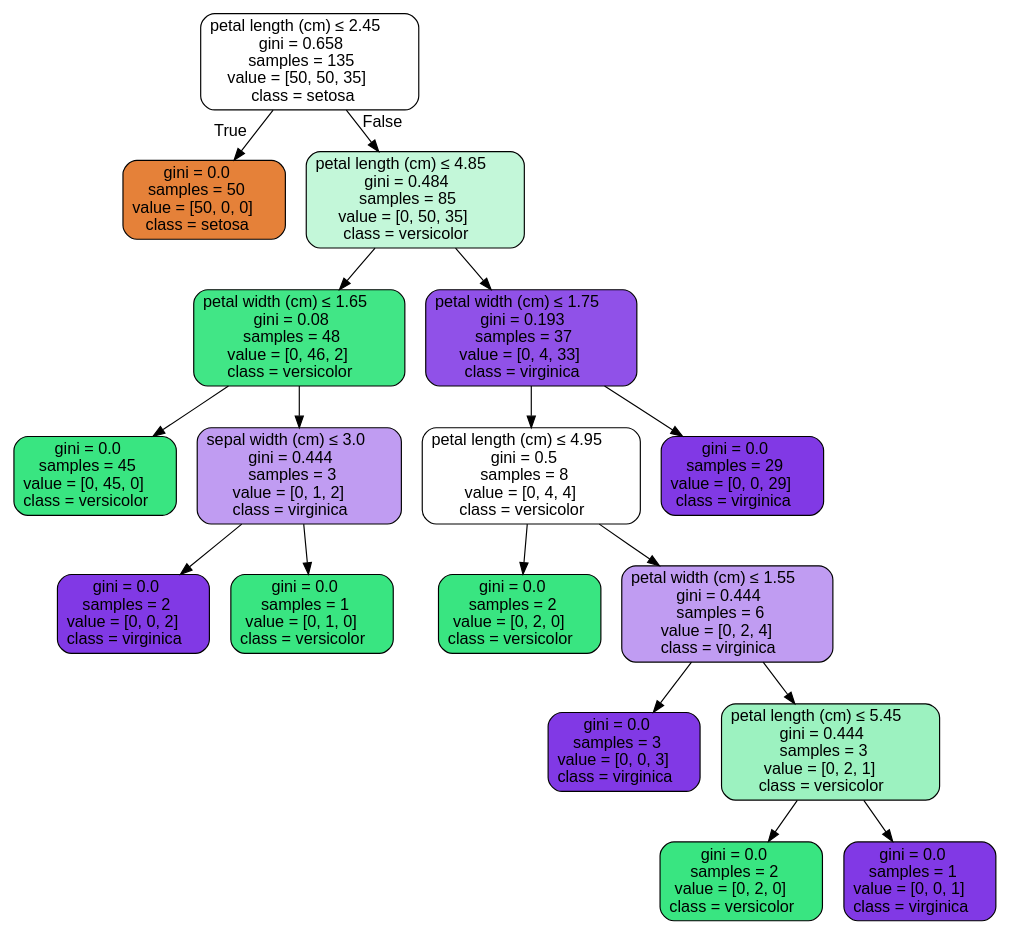
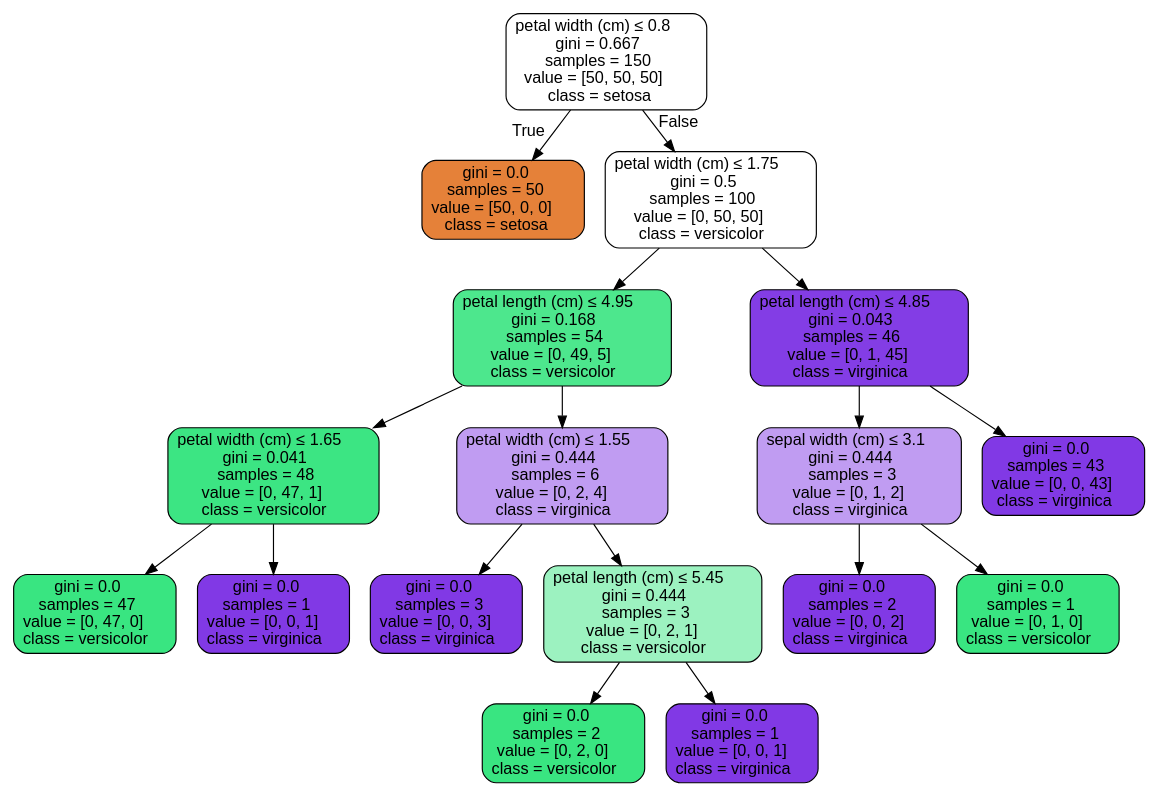
One commit to HishamLY/tucilAI changed the diagram in Source.gv. Above: the diagram before and after it, drawn with Graphviz. The commit also changed 3 other files, not shown here.

Commit message:
execute for graphviz

```diff
--- a/Source.gv
+++ b/Source.gv
@@ -1,37 +1,37 @@
 digraph Tree {
 node [shape=box, style="filled, rounded", color="black", fontname=helvetica] ;
 edge [fontname=helvetica] ;
-0 [label=<petal length (cm) &le; 2.45<br/>gini = 0.658<br/>samples = 135<br/>value = [50, 50, 35]<br/>class = setosa>, fillcolor="#e5813900"] ;
+0 [label=<petal width (cm) &le; 0.8<br/>gini = 0.667<br/>samples = 150<br/>value = [50, 50, 50]<br/>class = setosa>, fillcolor="#e5813900"] ;
 1 [label=<gini = 0.0<br/>samples = 50<br/>value = [50, 0, 0]<br/>class = setosa>, fillcolor="#e58139ff"] ;
 0 -> 1 [labeldistance=2.5, labelangle=45, headlabel="True"] ;
-2 [label=<petal length (cm) &le; 4.85<br/>gini = 0.484<br/>samples = 85<br/>value = [0, 50, 35]<br/>class = versicolor>, fillcolor="#39e5814d"] ;
+2 [label=<petal width (cm) &le; 1.75<br/>gini = 0.5<br/>samples = 100<br/>value = [0, 50, 50]<br/>class = versicolor>, fillcolor="#39e58100"] ;
 0 -> 2 [labeldistance=2.5, labelangle=-45, headlabel="False"] ;
-3 [label=<petal width (cm) &le; 1.65<br/>gini = 0.08<br/>samples = 48<br/>value = [0, 46, 2]<br/>class = versicolor>, fillcolor="#39e581f4"] ;
+3 [label=<petal length (cm) &le; 4.95<br/>gini = 0.168<br/>samples = 54<br/>value = [0, 49, 5]<br/>class = versicolor>, fillcolor="#39e581e5"] ;
 2 -> 3 ;
-4 [label=<gini = 0.0<br/>samples = 45<br/>value = [0, 45, 0]<br/>class = versicolor>, fillcolor="#39e581ff"] ;
+4 [label=<petal width (cm) &le; 1.65<br/>gini = 0.041<br/>samples = 48<br/>value = [0, 47, 1]<br/>class = versicolor>, fillcolor="#39e581fa"] ;
 3 -> 4 ;
-5 [label=<sepal width (cm) &le; 3.0<br/>gini = 0.444<br/>samples = 3<br/>value = [0, 1, 2]<br/>class = virginica>, fillcolor="#8139e57f"] ;
-3 -> 5 ;
-6 [label=<gini = 0.0<br/>samples = 2<br/>value = [0, 0, 2]<br/>class = virginica>, fillcolor="#8139e5ff"] ;
-5 -> 6 ;
-7 [label=<gini = 0.0<br/>samples = 1<br/>value = [0, 1, 0]<br/>class = versicolor>, fillcolor="#39e581ff"] ;
-5 -> 7 ;
-8 [label=<petal width (cm) &le; 1.75<br/>gini = 0.193<br/>samples = 37<br/>value = [0, 4, 33]<br/>class = virginica>, fillcolor="#8139e5e0"] ;
-2 -> 8 ;
-9 [label=<petal length (cm) &le; 4.95<br/>gini = 0.5<br/>samples = 8<br/>value = [0, 4, 4]<br/>class = versicolor>, fillcolor="#39e58100"] ;
-8 -> 9 ;
+5 [label=<gini = 0.0<br/>samples = 47<br/>value = [0, 47, 0]<br/>class = versicolor>, fillcolor="#39e581ff"] ;
+4 -> 5 ;
+6 [label=<gini = 0.0<br/>samples = 1<br/>value = [0, 0, 1]<br/>class = virginica>, fillcolor="#8139e5ff"] ;
+4 -> 6 ;
+7 [label=<petal width (cm) &le; 1.55<br/>gini = 0.444<br/>samples = 6<br/>value = [0, 2, 4]<br/>class = virginica>, fillcolor="#8139e57f"] ;
+3 -> 7 ;
+8 [label=<gini = 0.0<br/>samples = 3<br/>value = [0, 0, 3]<br/>class = virginica>, fillcolor="#8139e5ff"] ;
+7 -> 8 ;
+9 [label=<petal length (cm) &le; 5.45<br/>gini = 0.444<br/>samples = 3<br/>value = [0, 2, 1]<br/>class = versicolor>, fillcolor="#39e5817f"] ;
+7 -> 9 ;
 10 [label=<gini = 0.0<br/>samples = 2<br/>value = [0, 2, 0]<br/>class = versicolor>, fillcolor="#39e581ff"] ;
 9 -> 10 ;
-11 [label=<petal width (cm) &le; 1.55<br/>gini = 0.444<br/>samples = 6<br/>value = [0, 2, 4]<br/>class = virginica>, fillcolor="#8139e57f"] ;
+11 [label=<gini = 0.0<br/>samples = 1<br/>value = [0, 0, 1]<br/>class = virginica>, fillcolor="#8139e5ff"] ;
 9 -> 11 ;
-12 [label=<gini = 0.0<br/>samples = 3<br/>value = [0, 0, 3]<br/>class = virginica>, fillcolor="#8139e5ff"] ;
-11 -> 12 ;
-13 [label=<petal length (cm) &le; 5.45<br/>gini = 0.444<br/>samples = 3<br/>value = [0, 2, 1]<br/>class = versicolor>, fillcolor="#39e5817f"] ;
-11 -> 13 ;
-14 [label=<gini = 0.0<br/>samples = 2<br/>value = [0, 2, 0]<br/>class = versicolor>, fillcolor="#39e581ff"] ;
+12 [label=<petal length (cm) &le; 4.85<br/>gini = 0.043<br/>samples = 46<br/>value = [0, 1, 45]<br/>class = virginica>, fillcolor="#8139e5f9"] ;
+2 -> 12 ;
+13 [label=<sepal width (cm) &le; 3.1<br/>gini = 0.444<br/>samples = 3<br/>value = [0, 1, 2]<br/>class = virginica>, fillcolor="#8139e57f"] ;
+12 -> 13 ;
+14 [label=<gini = 0.0<br/>samples = 2<br/>value = [0, 0, 2]<br/>class = virginica>, fillcolor="#8139e5ff"] ;
 13 -> 14 ;
-15 [label=<gini = 0.0<br/>samples = 1<br/>value = [0, 0, 1]<br/>class = virginica>, fillcolor="#8139e5ff"] ;
+15 [label=<gini = 0.0<br/>samples = 1<br/>value = [0, 1, 0]<br/>class = versicolor>, fillcolor="#39e581ff"] ;
 13 -> 15 ;
-16 [label=<gini = 0.0<br/>samples = 29<br/>value = [0, 0, 29]<br/>class = virginica>, fillcolor="#8139e5ff"] ;
-8 -> 16 ;
+16 [label=<gini = 0.0<br/>samples = 43<br/>value = [0, 0, 43]<br/>class = virginica>, fillcolor="#8139e5ff"] ;
+12 -> 16 ;
 }
```
